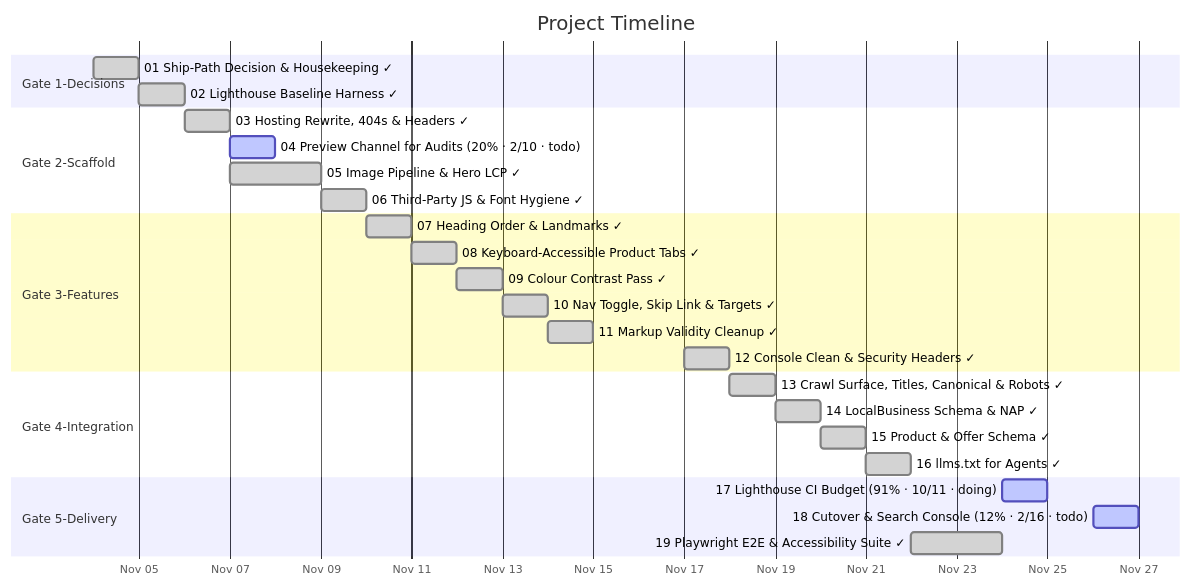
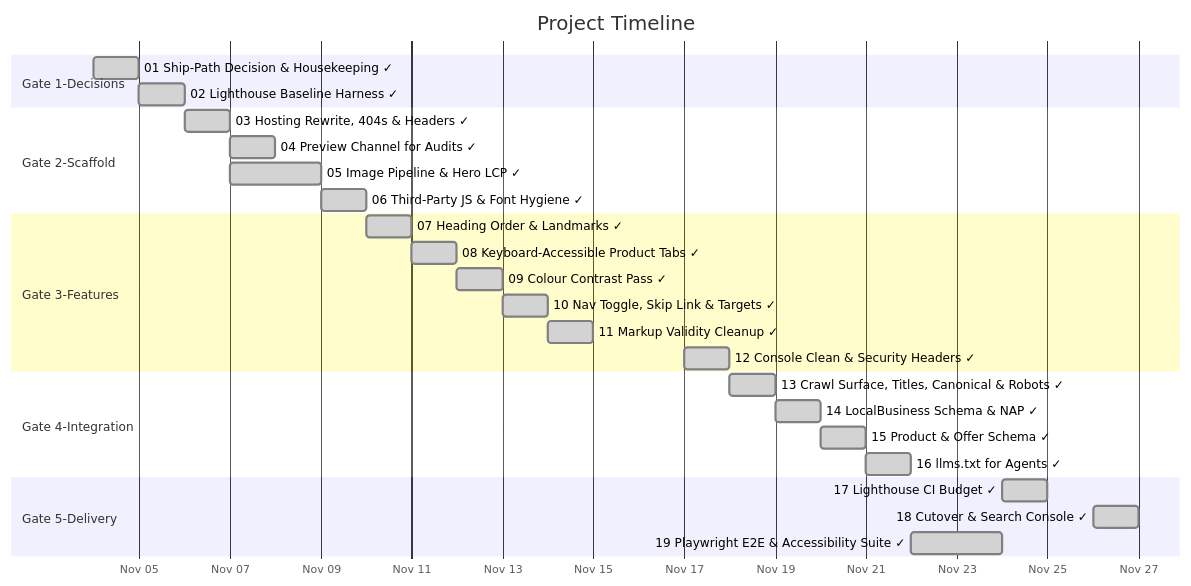
The diagram in docs/diagrams/task-gantt.md (matterattetatte/esmia-v5), drawn with Mermaid before and after one commit. The commit also changed other lines of this file and 5 other files, not shown here.

````diff
--- a/docs/diagrams/task-gantt.md
+++ b/docs/diagrams/task-gantt.md
@@ -27,31 +27,31 @@
 ```mermaid
 gantt
     title Project Timeline
     dateFormat  YYYY-MM-DD
     axisFormat  %b %d
 
     section Gate 1-Decisions
     01 Ship-Path Decision & Housekeeping ✓ : done, 2026-11-04, 1d
     02 Lighthouse Baseline Harness ✓ : done, 2026-11-05, 1d
     section Gate 2-Scaffold
     03 Hosting Rewrite, 404s & Headers ✓ : done, 2026-11-06, 1d
-    04 Preview Channel for Audits (20% · 2/10 · todo) : active, 2026-11-07, 1d
+    04 Preview Channel for Audits ✓ : done, 2026-11-07, 1d
     05 Image Pipeline & Hero LCP ✓ : done, 2026-11-07, 2d
     06 Third-Party JS & Font Hygiene ✓ : done, 2026-11-09, 1d
     section Gate 3-Features
     07 Heading Order & Landmarks ✓ : done, 2026-11-10, 1d
     08 Keyboard-Accessible Product Tabs ✓ : done, 2026-11-11, 1d
     09 Colour Contrast Pass ✓ : done, 2026-11-12, 1d
     10 Nav Toggle, Skip Link & Targets ✓ : done, 2026-11-13, 1d
     11 Markup Validity Cleanup ✓ : done, 2026-11-14, 1d
     12 Console Clean & Security Headers ✓ : done, 2026-11-17, 1d
     section Gate 4-Integration
     13 Crawl Surface, Titles, Canonical & Robots ✓ : done, 2026-11-18, 1d
     14 LocalBusiness Schema & NAP ✓ : done, 2026-11-19, 1d
     15 Product & Offer Schema ✓ : done, 2026-11-20, 1d
     16 llms.txt for Agents ✓ : done, 2026-11-21, 1d
     section Gate 5-Delivery
-    17 Lighthouse CI Budget (91% · 10/11 · doing) : active, 2026-11-24, 1d
-    18 Cutover & Search Console (12% · 2/16 · todo) : active, 2026-11-26, 1d
+    17 Lighthouse CI Budget ✓ : done, 2026-11-24, 1d
+    18 Cutover & Search Console ✓ : done, 2026-11-26, 1d
     19 Playwright E2E & Accessibility Suite ✓ : done, 2026-11-22, 2d
 ```
````
